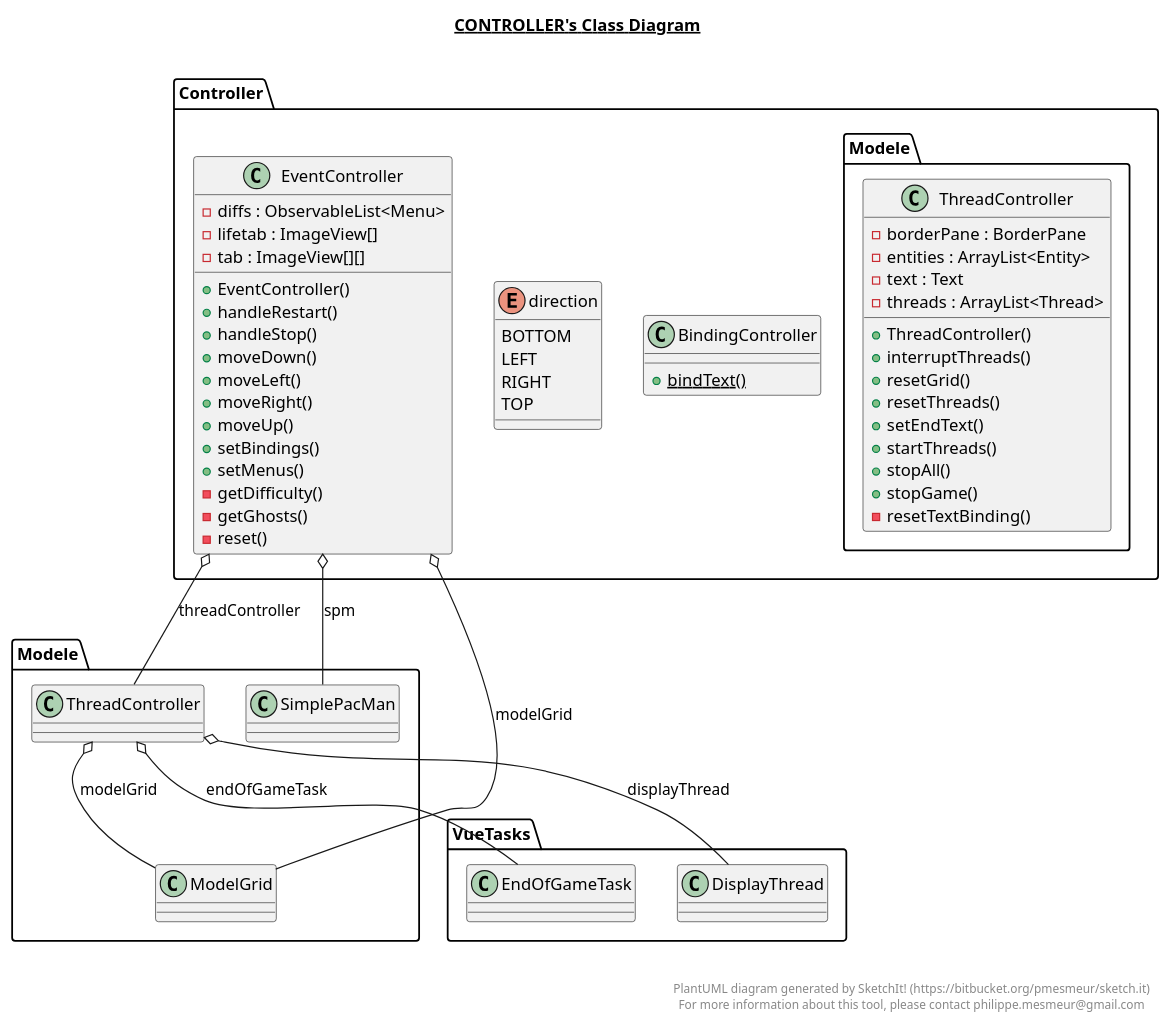
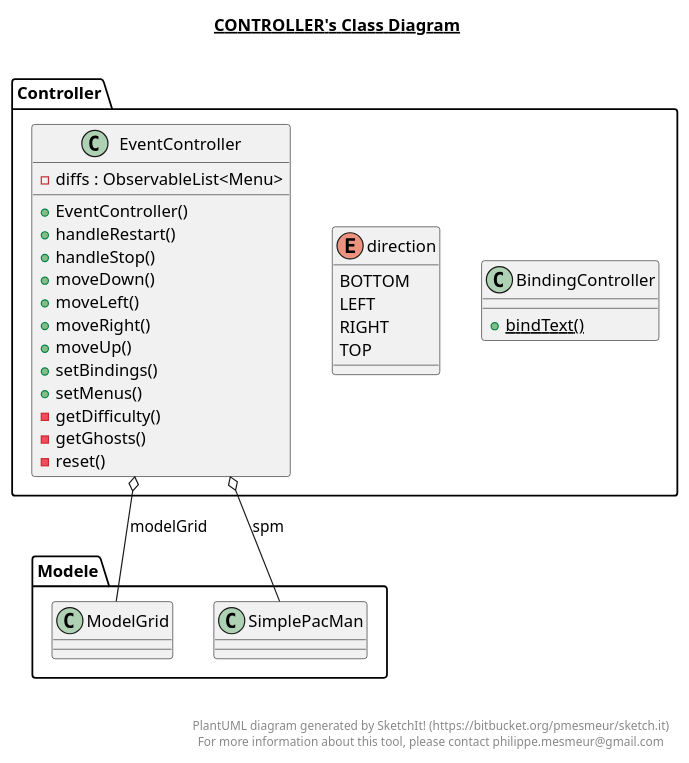
One commit to SimonGaufreteau/PacMan-Java changed the diagram in src/Controller/Controller.plantuml. Above: the diagram before and after it, drawn with PlantUML. The commit also changed 4 other files, not shown here.

Commit message:
plantuml generation

```diff
--- a/src/Controller/Controller.plantuml
+++ b/src/Controller/Controller.plantuml
@@ -1,79 +1,53 @@
 @startuml
 
 title __CONTROLLER's Class Diagram__\n
 
   namespace Controller {
     class Controller.BindingController {
         {static} + bindText()
     }
   }
   
 
   namespace Controller {
     enum direction {
       BOTTOM
       LEFT
       RIGHT
       TOP
     }
   }
   
 
   namespace Controller {
     class Controller.EventController {
         - diffs : ObservableList<Menu>
-        - lifetab : ImageView[]
-        - tab : ImageView[][]
         + EventController()
         + handleRestart()
         + handleStop()
         + moveDown()
         + moveLeft()
         + moveRight()
         + moveUp()
         + setBindings()
         + setMenus()
         - getDifficulty()
         - getGhosts()
         - reset()
     }
   }
   
 
-  namespace Controller {
-    class Modele.ThreadController {
-        - borderPane : BorderPane
-        - entities : ArrayList<Entity>
-        - text : Text
-        - threads : ArrayList<Thread>
-        + ThreadController()
-        + interruptThreads()
-        + resetGrid()
-        + resetThreads()
-        + setEndText()
-        + startThreads()
-        + stopAll()
-        + stopGame()
-        - resetTextBinding()
-    }
-  }
-  
-
   Controller.BindingController +-down- Controller.BindingController.direction
   Controller.EventController o-- Modele.ModelGrid : modelGrid
   Controller.EventController o-- Modele.SimplePacMan : spm
-  Controller.EventController o-- Modele.ThreadController : threadController
-  Modele.ThreadController o-- VueTasks.DisplayThread : displayThread
-  Modele.ThreadController o-- VueTasks.EndOfGameTask : endOfGameTask
-  Modele.ThreadController o-- Modele.ModelGrid : modelGrid
-  Modele.ThreadController o-- Controller.BindingController.direction : paneDirection
 
 
 right footer
 
 
 PlantUML diagram generated by SketchIt! (https://bitbucket.org/pmesmeur/sketch.it)
 For more information about this tool, please contact philippe.mesmeur@gmail.com
 endfooter
 
 @enduml
```
